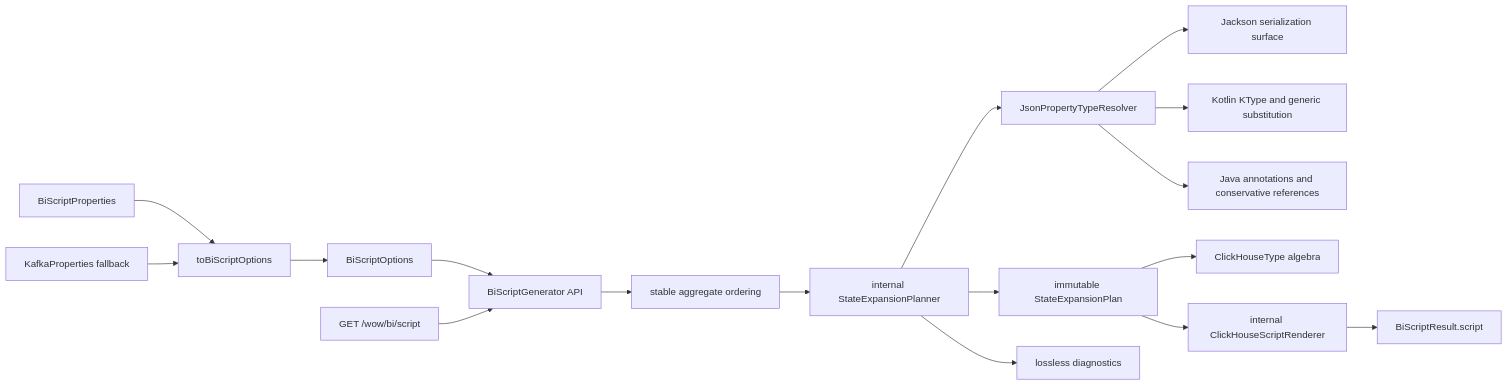
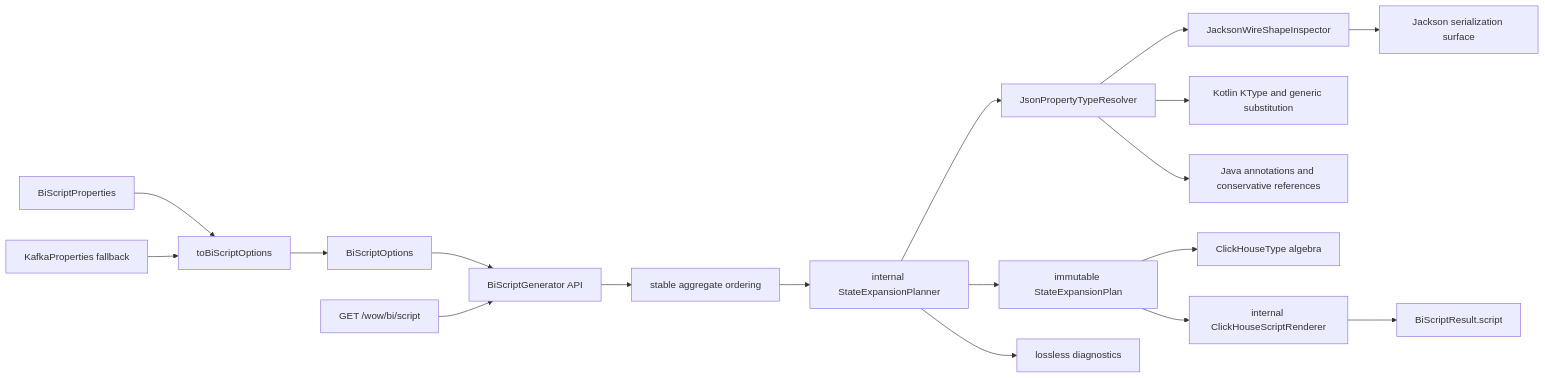
Before and after one commit to Ahoo-Wang/Wow: the first of 2 diagrams in docs/superpowers/specs/2026-07-10-wow-bi-clean-architecture-design.md, drawn with Mermaid. The commit also changed other lines of this file, not shown here.

Commit message:
docs(bi): define lossless wire-shape contract

````diff
--- a/docs/superpowers/specs/2026-07-10-wow-bi-clean-architecture-design.md
+++ b/docs/superpowers/specs/2026-07-10-wow-bi-clean-architecture-design.md
@@ -60,19 +62,20 @@
 ```mermaid
 flowchart LR
     API["BiScriptGenerator API"] --> Sort["stable aggregate ordering"]
     Options["BiScriptOptions"] --> API
     Sort --> Planner["internal StateExpansionPlanner"]
     Planner --> Resolver["JsonPropertyTypeResolver"]
-    Resolver --> Jackson["Jackson serialization surface"]
+    Resolver --> Inspector["JacksonWireShapeInspector"]
+    Inspector --> Jackson["Jackson serialization surface"]
     Resolver --> Kotlin["Kotlin KType and generic substitution"]
     Resolver --> Java["Java annotations and conservative references"]
     Planner --> Plan["immutable StateExpansionPlan"]
     Plan --> Types["ClickHouseType algebra"]
     Plan --> Renderer["internal ClickHouseScriptRenderer"]
     Renderer --> SQL["BiScriptResult.script"]
     Planner --> Diagnostics["lossless diagnostics"]
     Boot["BiScriptProperties"] --> Adapter["toBiScriptOptions"]
     Kafka["KafkaProperties fallback"] --> Adapter
     Adapter --> Options
     Web["GET /wow/bi/script"] --> API
 ```
````
